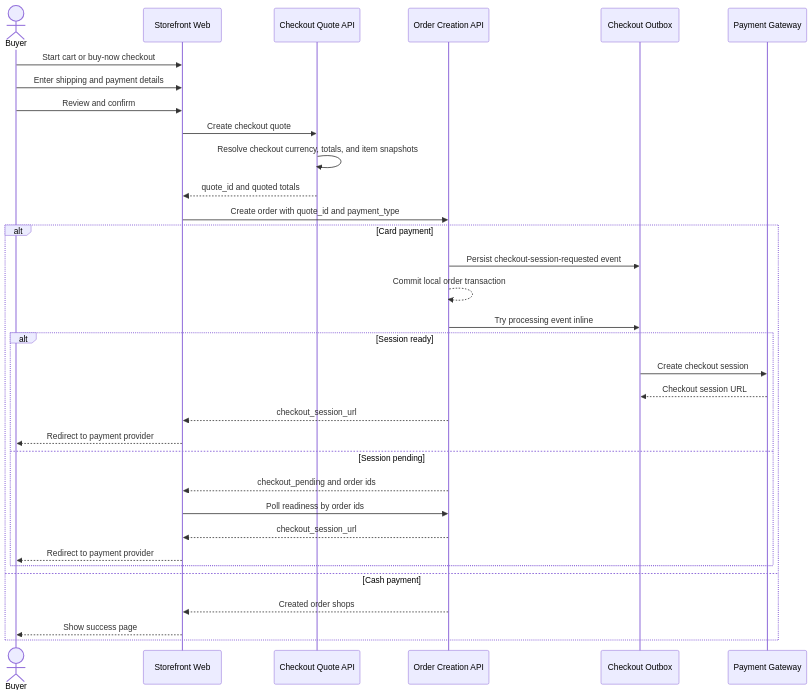
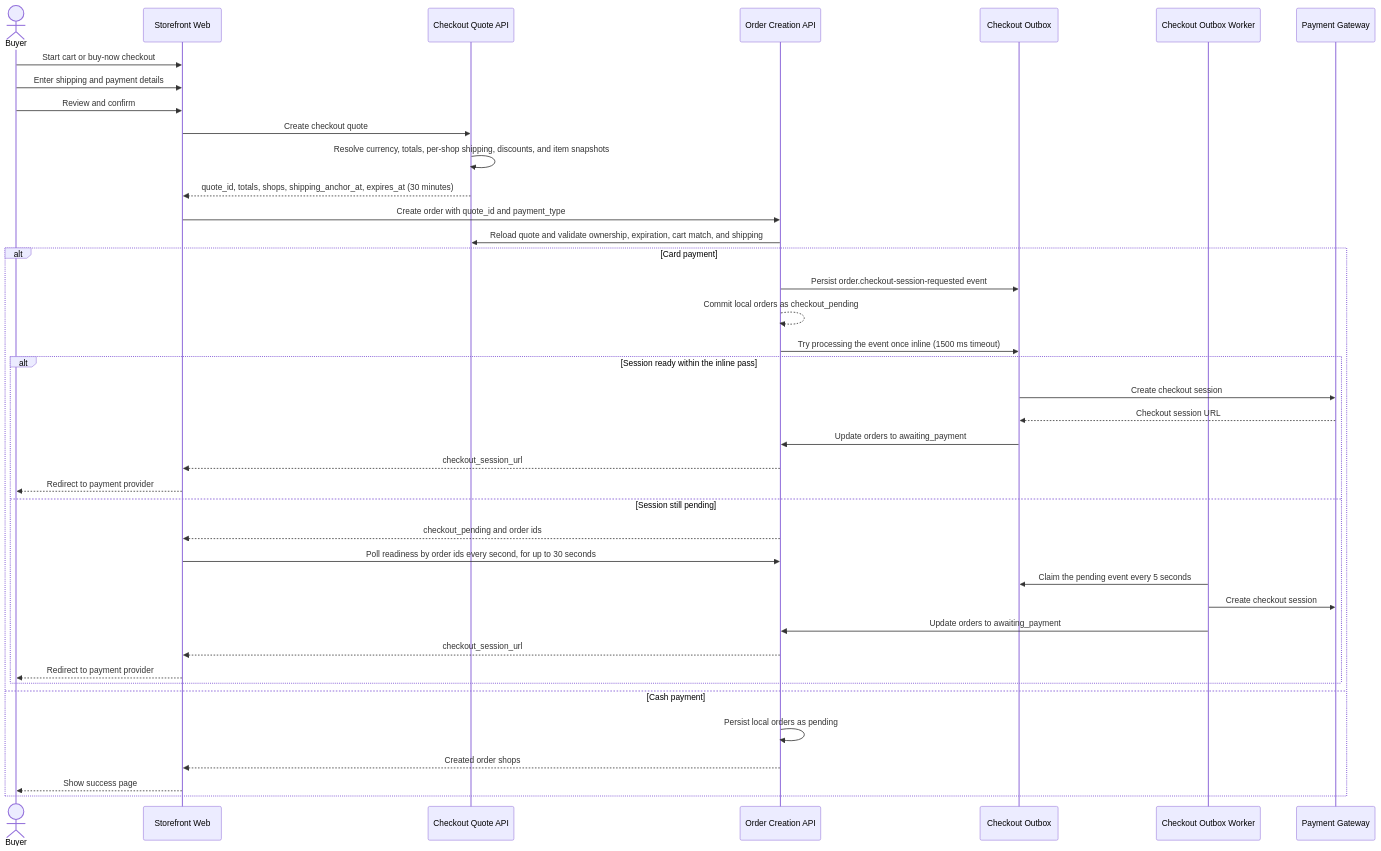
One commit to dauphaihau-arc/arc changed the first of 2 diagrams in docs/features/checkout/flow.md. Above: the diagram before and after it, drawn with Mermaid. The commit also changed other lines of this file and 19 other files, not shown here.

Commit message:
docs(checkout): align checkout flows with implemented API contracts

````diff
--- a/docs/features/checkout/flow.md
+++ b/docs/features/checkout/flow.md
@@ -9,36 +9,43 @@
 ```mermaid
 sequenceDiagram
     actor Buyer
     participant Web as Storefront Web
     participant Quote as Checkout Quote API
     participant Order as Order Creation API
     participant Outbox as Checkout Outbox
+    participant Worker as Checkout Outbox Worker
     participant Payment as Payment Gateway
 
     Buyer->>Web: Start cart or buy-now checkout
     Buyer->>Web: Enter shipping and payment details
     Buyer->>Web: Review and confirm
     Web->>Quote: Create checkout quote
-    Quote->>Quote: Resolve checkout currency, totals, and item snapshots
-    Quote-->>Web: quote_id and quoted totals
+    Quote->>Quote: Resolve currency, totals, per-shop shipping, discounts, and item snapshots
+    Quote-->>Web: quote_id, totals, shops, shipping_anchor_at, expires_at (30 minutes)
     Web->>Order: Create order with quote_id and payment_type
+    Order->>Quote: Reload quote and validate ownership, expiration, cart match, and shipping
     alt Card payment
-        Order->>Outbox: Persist checkout-session-requested event
-        Order-->>Order: Commit local order transaction
-        Order->>Outbox: Try processing event inline
-        alt Session ready
+        Order->>Outbox: Persist order.checkout-session-requested event
+        Order-->>Order: Commit local orders as checkout_pending
+        Order->>Outbox: Try processing the event once inline (1500 ms timeout)
+        alt Session ready within the inline pass
             Outbox->>Payment: Create checkout session
             Payment-->>Outbox: Checkout session URL
+            Outbox->>Order: Update orders to awaiting_payment
             Order-->>Web: checkout_session_url
             Web-->>Buyer: Redirect to payment provider
-        else Session pending
+        else Session still pending
             Order-->>Web: checkout_pending and order ids
-            Web->>Order: Poll readiness by order ids
+            Web->>Order: Poll readiness by order ids every second, for up to 30 seconds
+            Worker->>Outbox: Claim the pending event every 5 seconds
+            Worker->>Payment: Create checkout session
+            Worker->>Order: Update orders to awaiting_payment
             Order-->>Web: checkout_session_url
             Web-->>Buyer: Redirect to payment provider
         end
     else Cash payment
+        Order->>Order: Persist local orders as pending
         Order-->>Web: Created order shops
         Web-->>Buyer: Show success page
     end
 ```
````
